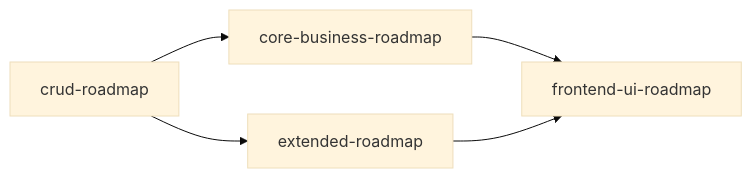
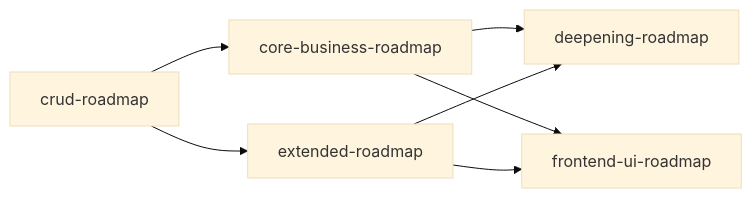
One commit to entropy-cloud/nop-app-erp changed the diagram in docs/backlog/implementation-roadmap.md. Above: the diagram before and after it, drawn with Mermaid (base theme). The commit also changed other lines of this file and 22 other files, not shown here.

First line of the commit message:
docs(erp): plan-2026-07-20-2059 docs/log/roadmap/survey update

````diff
--- a/docs/backlog/implementation-roadmap.md
+++ b/docs/backlog/implementation-roadmap.md
@@ -16,7 +17,9 @@
 ```mermaid
 graph LR
     CRUD[crud-roadmap] --> Core[core-business-roadmap]
     CRUD --> Ext[extended-roadmap]
+    Core --> Deep[deepening-roadmap]
+    Ext --> Deep
     Core --> Frontend[frontend-ui-roadmap]
     Ext --> Frontend
 ```
````
